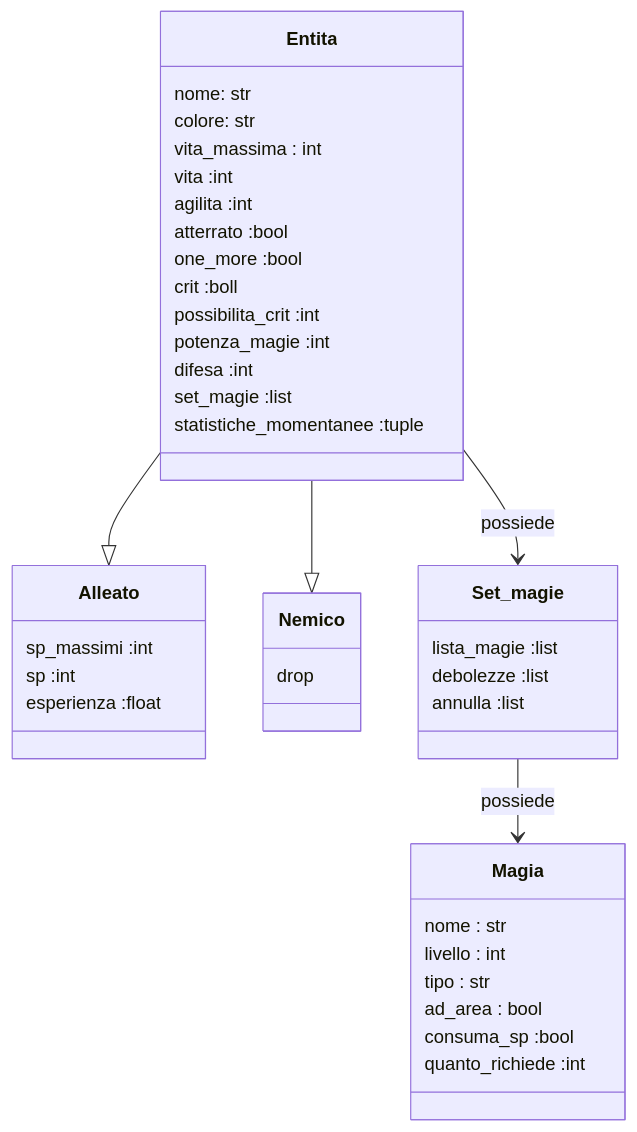
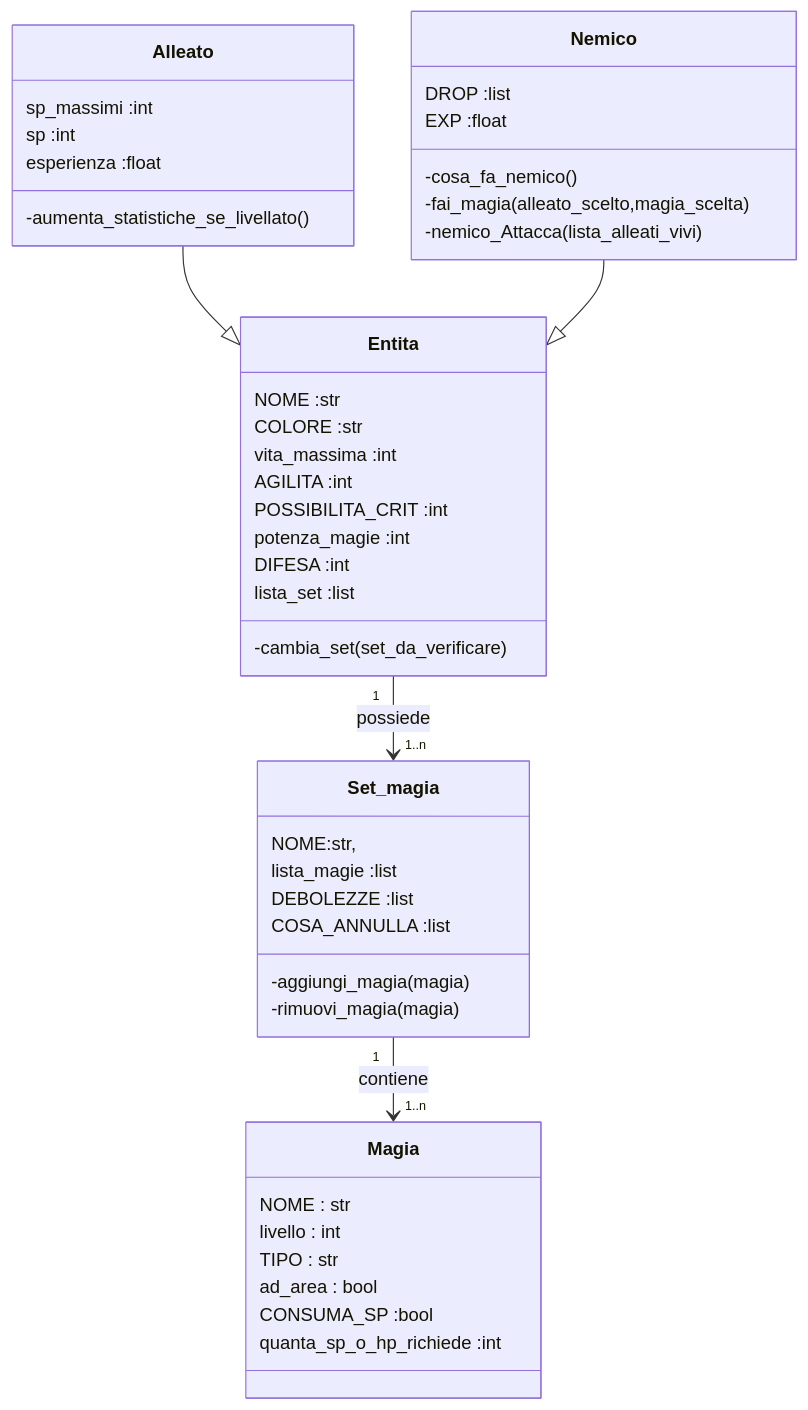
The diagram in README.md (MarcoArlotti/A_simple_JRPG_on_the_CMD_RE-COMMITTED), drawn with Mermaid before and after one commit. The commit also changed other lines of this file and 9 other files, not shown here.

````diff
--- a/README.md
+++ b/README.md
@@ -10,47 +19,53 @@
 ```mermaid
 classDiagram
-Entita --|> Alleato
-Entita --|> Nemico
-Entita --> Set_magie :possiede
-Set_magie --> Magia :possiede
+Alleato --|> Entita
+Nemico --|> Entita
+Entita "1"--> "1..n" Set_magia :possiede
+Set_magia "1" --> "1..n" Magia :contiene
+
 class Entita {
-    nome: str
-    colore: str
-    vita_massima : int
-    vita :int
-    agilita :int
-    atterrato :bool
-    one_more :bool
-    crit :boll
-    possibilita_crit :int
+    NOME :str
+    COLORE :str
+    vita_massima :int
+    AGILITA :int
+    POSSIBILITA_CRIT :int
     potenza_magie :int
-    difesa :int
-    set_magie :list
-    statistiche_momentanee :tuple 
+    DIFESA :int
+    lista_set :list
+    -cambia_set(set_da_verificare)
 }
 
 class Alleato {
     sp_massimi :int
     sp :int
     esperienza :float
+    -aumenta_statistiche_se_livellato()
 }
 
 class Nemico{
-    drop
+    DROP :list
+    EXP :float
+    -cosa_fa_nemico()
+    -fai_magia(alleato_scelto,magia_scelta)
+    -nemico_Attacca(lista_alleati_vivi)
 }
 
-class Set_magie {
+class Set_magia {
+    NOME:str,
     lista_magie :list
-    debolezze :list
-    annulla :list
+    DEBOLEZZE :list
+    COSA_ANNULLA :list
+    -aggiungi_magia(magia)
+    -rimuovi_magia(magia)
 }
 
 class Magia {
-    nome : str
+    NOME : str
     livello : int
-    tipo : str
+    TIPO : str
     ad_area : bool
-    consuma_sp :bool
-    quanto_richiede :int
+    CONSUMA_SP :bool
+    quanta_sp_o_hp_richiede :int
+    
 }
 ```
````
